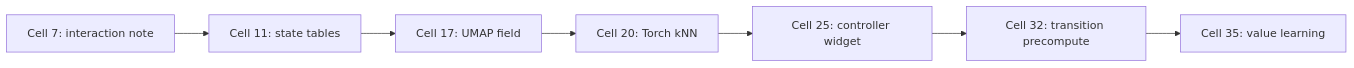
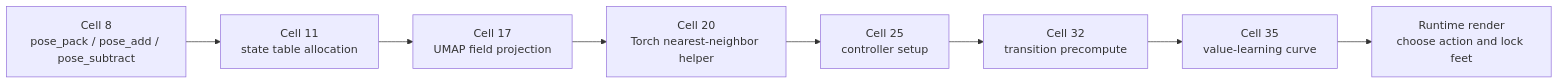
One commit to EvihGraphics/AnimationTech-HTC changed the second of 10 diagrams in docs/blog/AnimationPapers/motion_fields_for_interactive_character_animation/README.md. Above: the diagram before and after it, drawn with Mermaid. The commit also changed other lines of this file and 6 other files, not shown here.

````diff
--- a/docs/blog/AnimationPapers/motion_fields_for_interactive_character_animation/README.md
+++ b/docs/blog/AnimationPapers/motion_fields_for_interactive_character_animation/README.md
@@ -40,9 +46,10 @@
 ```mermaid
 flowchart LR
-    C7[Cell 7: interaction note] --> C11[Cell 11: state tables]
-    C11 --> C17[Cell 17: UMAP field]
-    C17 --> C20[Cell 20: Torch kNN]
-    C20 --> C25[Cell 25: controller widget]
-    C25 --> C32[Cell 32: transition precompute]
-    C32 --> C35[Cell 35: value learning]
+    C8[Cell 8<br/>pose_pack / pose_add / pose_subtract] --> C11[Cell 11<br/>state table allocation]
+    C11 --> C17[Cell 17<br/>UMAP field projection]
+    C17 --> C20[Cell 20<br/>Torch nearest-neighbor helper]
+    C20 --> C25[Cell 25<br/>controller setup]
+    C25 --> C32[Cell 32<br/>transition precompute]
+    C32 --> C35[Cell 35<br/>value-learning curve]
+    C35 --> C36[Runtime render<br/>choose action and lock feet]
 ```
````
